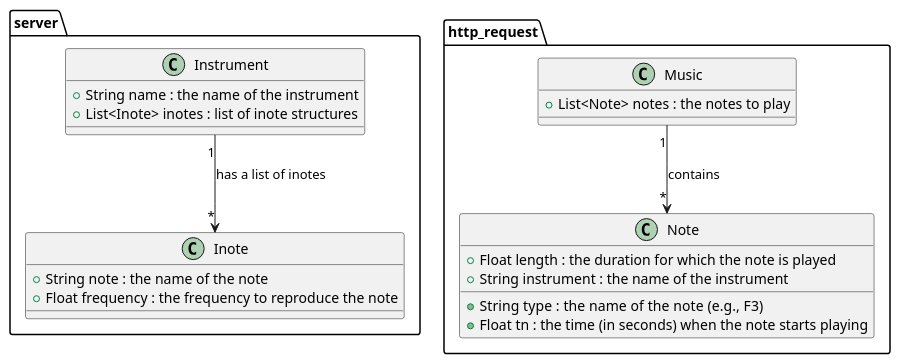
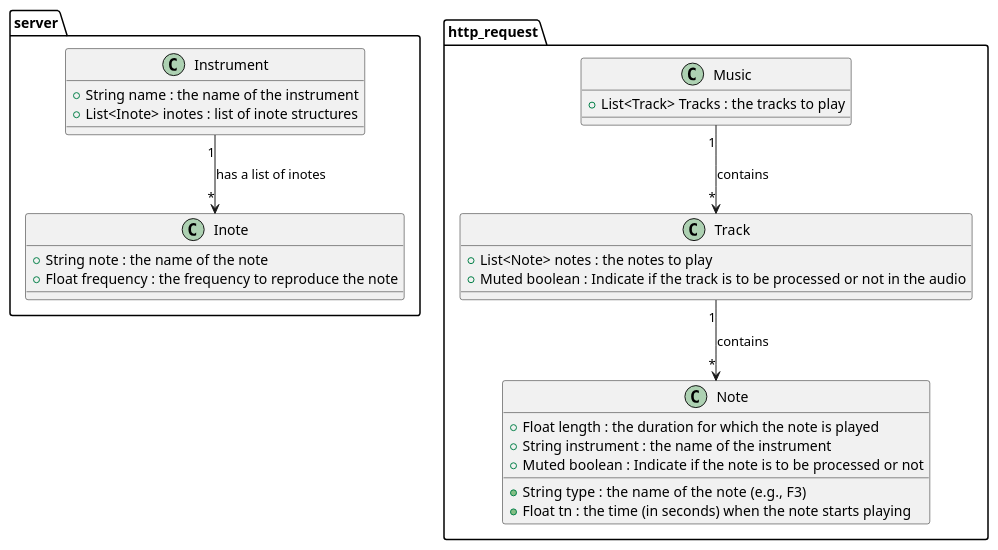
The diagram in planning/music_protocol/protocol.puml (desktop-pets-family/pet_bit_melody), drawn with PlantUML before and after one commit.

Commit message:
[UPDATE]  the music protocol (added a silent node for tracks and notes)

```diff
--- a/planning/music_protocol/protocol.puml
+++ b/planning/music_protocol/protocol.puml
@@ -1,29 +1,36 @@
 @startuml melody protocol
 
 namespace server {
   class Instrument {
     +String name : the name of the instrument
     +List<Inote> inotes : list of inote structures
   }
 
   class Inote {
     +String note : the name of the note
     +Float frequency : the frequency to reproduce the note
   }
   Instrument "1" --> "*" Inote : has a list of inotes
 }
 
 namespace http_request {
   class Note {
     +String type  : the name of the note (e.g., F3)
     +Float length : the duration for which the note is played
     +String instrument : the name of the instrument
     +Float tn : the time (in seconds) when the note starts playing
+    +Muted boolean : Indicate if the note is to be processed or not
   }
+  class Track {
+    +List<Note> notes : the notes to play
+    +Muted boolean : Indicate if the track is to be processed or not in the audio
+  }
+
   class Music {
-    +List<Note> notes : the notes to play
+    +List<Track> Tracks : the tracks to play
   }
-  Music "1" --> "*" Note : contains
+  Track "1" --> "*" Note : contains
+  Music "1" --> "*" Track : contains
 }
 
 @enduml
```
